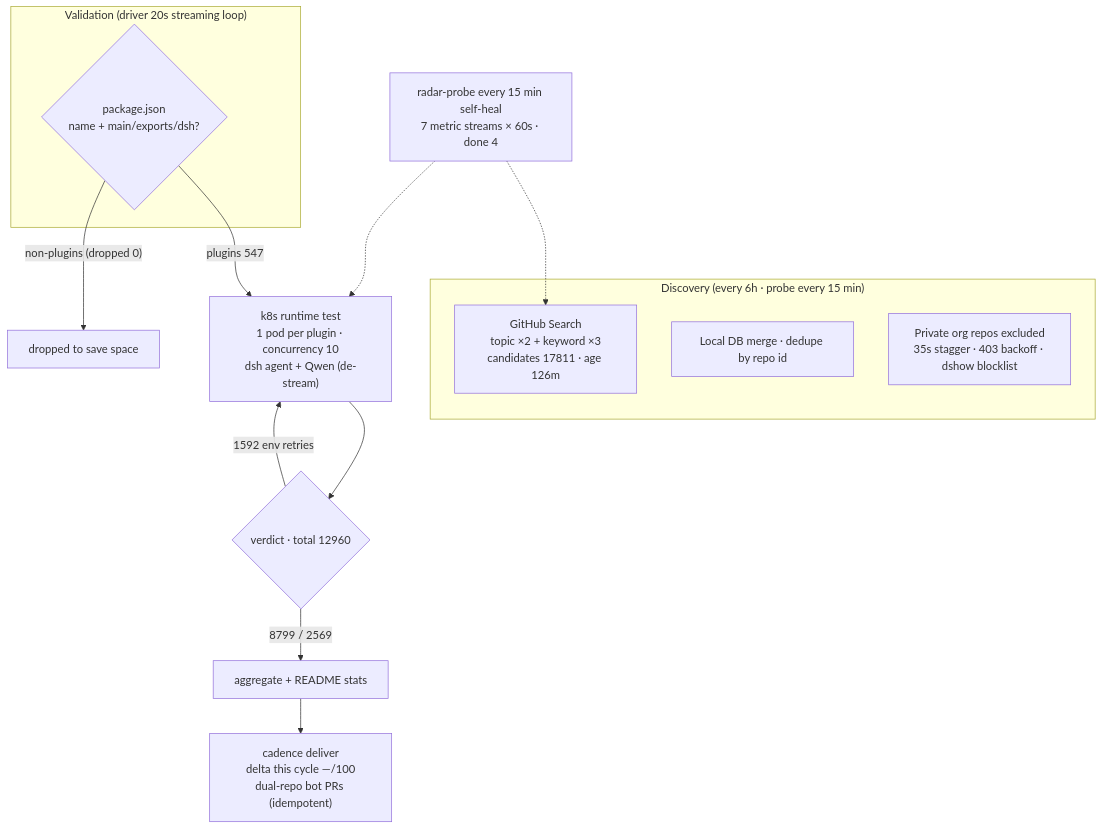
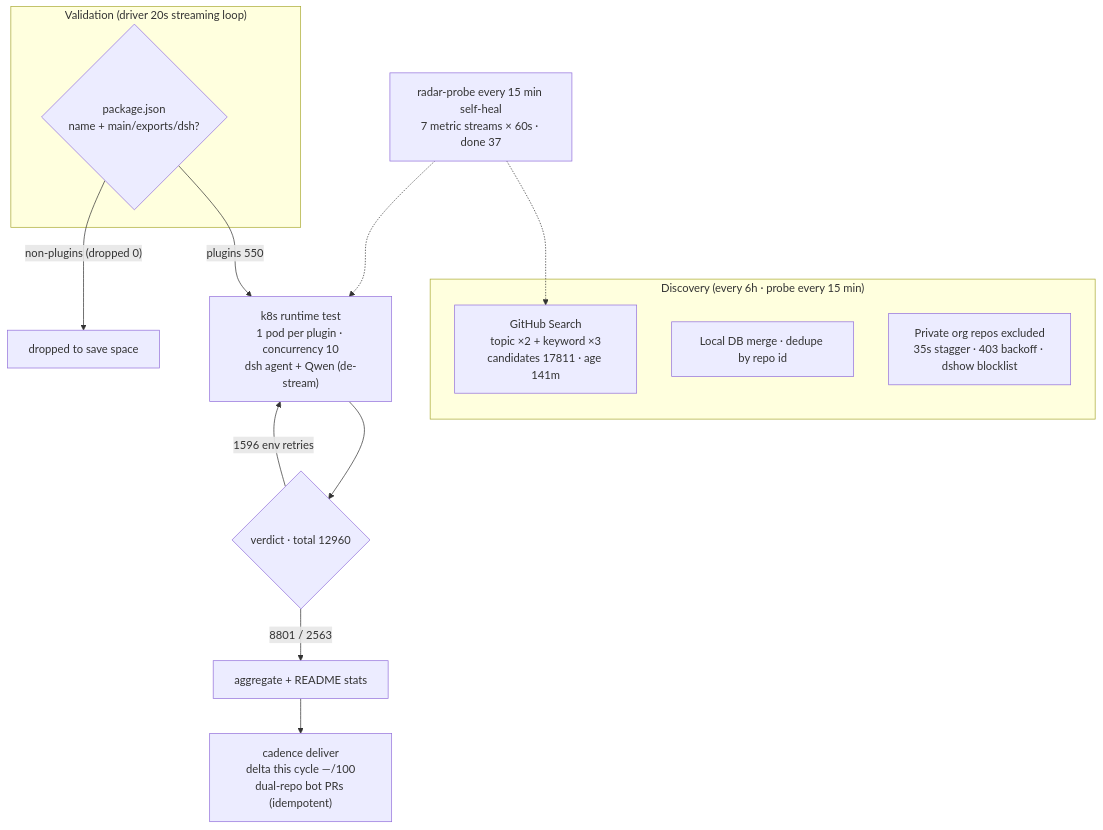
Before and after one commit to AdamPlatin123/awesome-dsh-plugins: the diagram in README.en-US.md, drawn with Mermaid. The commit also changed other lines of this file and 5 other files, not shown here.

````diff
--- a/README.en-US.md
+++ b/README.en-US.md
@@ -45,20 +45,20 @@
 ```mermaid
 flowchart TB
     subgraph Discovery["Discovery (every 6h · probe every 15 min)"]
-        A1["GitHub Search<br/>topic ×2 + keyword ×3<br/>candidates 17811 · age 126m"]
+        A1["GitHub Search<br/>topic ×2 + keyword ×3<br/>candidates 17811 · age 141m"]
         A2["Local DB merge · dedupe by repo id"]
         A3["Private org repos excluded<br/>35s stagger · 403 backoff · dshow blocklist"]
     end
     subgraph Validation["Validation (driver 20s streaming loop)"]
         B1{"package.json<br/>name + main/exports/dsh?"}
     end
-    B1 -->|"plugins 547"| C1["k8s runtime test<br/>1 pod per plugin · concurrency 10<br/>dsh agent + Qwen (de-stream)"]
+    B1 -->|"plugins 550"| C1["k8s runtime test<br/>1 pod per plugin · concurrency 10<br/>dsh agent + Qwen (de-stream)"]
     B1 -->|"non-plugins (dropped 0)"| B3["dropped to save space"]
     C1 --> D1{"verdict · total 12960"}
-    D1 -->|"8799 / 2569"| E1["aggregate + README stats"]
-    D1 -->|"1592 env retries"| C1
+    D1 -->|"8801 / 2563"| E1["aggregate + README stats"]
+    D1 -->|"1596 env retries"| C1
     E1 --> E2["cadence deliver<br/>delta this cycle —/100<br/>dual-repo bot PRs (idempotent)"]
-    M["radar-probe every 15 min self-heal<br/>7 metric streams × 60s · done 4"]
+    M["radar-probe every 15 min self-heal<br/>7 metric streams × 60s · done 37"]
     M -.-> A1
     M -.-> C1
 ```
````
